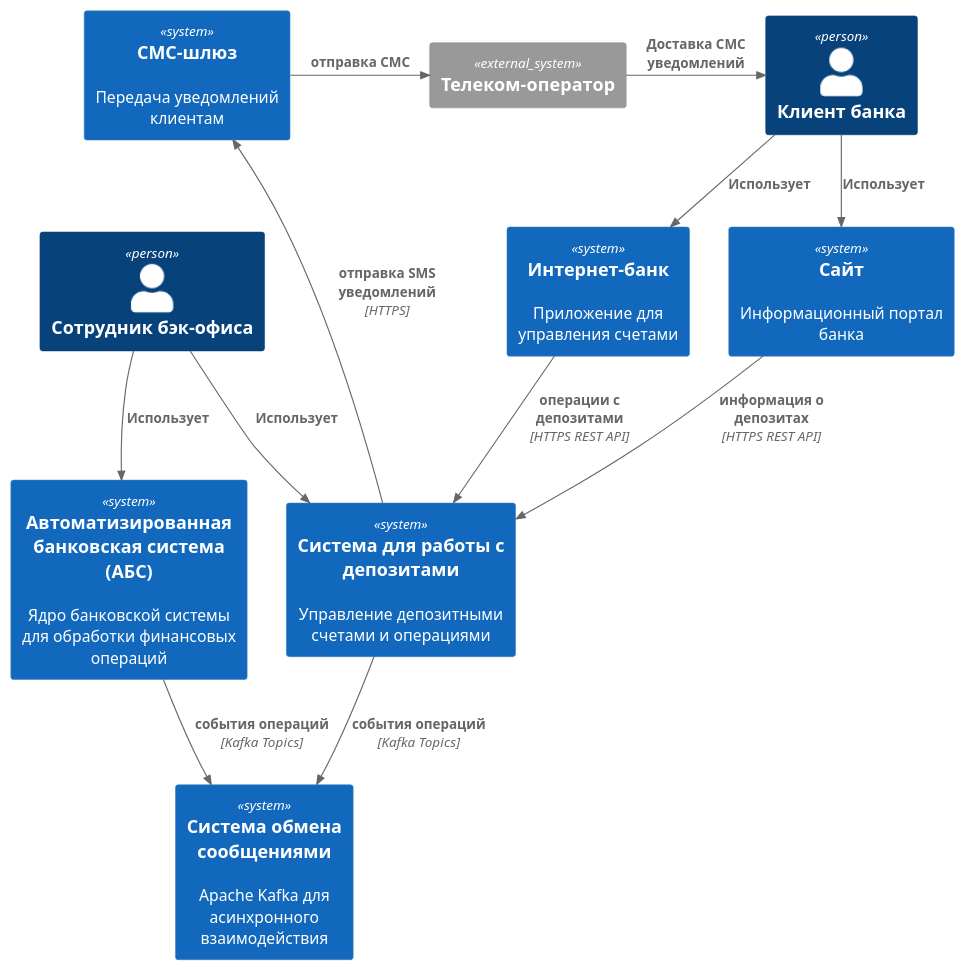
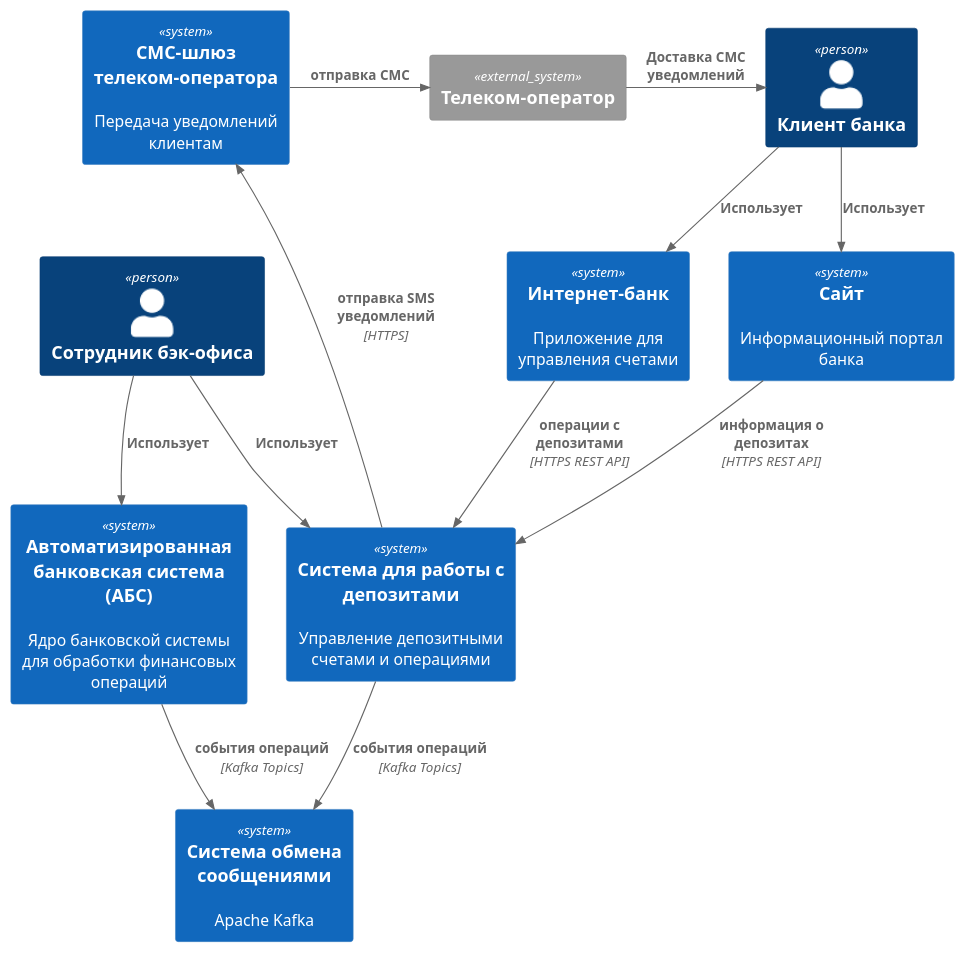
Before and after one commit to vsevolod-nikitin/yandex-practicum-architecture-pro-standart: the diagram in Task3/Context.puml, drawn with PlantUML. The commit also changed 7 other files, not shown here.

Commit message:
Обновление схем 3 и 4 заданий.

```diff
--- a/Task3/Context.puml
+++ b/Task3/Context.puml
@@ -1,34 +1,34 @@
 @startuml Context
 !include https://raw.githubusercontent.com/plantuml-stdlib/C4-PlantUML/master/C4_Context.puml
 
 Person(client, "Клиент банка")
 Person(backEmployee, "Сотрудник бэк-офиса")
 
 System(website, "Сайт", "Информационный портал банка")
 System(internetBank, "Интернет-банк", "Приложение для управления счетами")
 System(depositSystem, "Система для работы с депозитами", "Управление депозитными счетами и операциями")
 System(abs, "Автоматизированная банковская система (АБС)", "Ядро банковской системы для обработки финансовых операций")
-System(smsGateway, "СМС-шлюз", "Передача уведомлений клиентам")
-System(messageBroker, "Система обмена сообщениями", "Apache Kafka для асинхронного взаимодействия")
+System(smsGateway, "СМС-шлюз телеком-оператора", "Передача уведомлений клиентам")
+System(messageBroker, "Система обмена сообщениями", "Apache Kafka")
 
 System_Ext(telecomOperator, "Телеком-оператор")
 
 Rel(client, internetBank, "Использует")
 Rel(client, website, "Использует")
 
 Rel(backEmployee, depositSystem, "Использует")
 Rel(backEmployee, abs, "Использует")
 
 Rel(internetBank, depositSystem, "операции с депозитами", "HTTPS REST API")
 Rel(website, depositSystem, "информация о депозитах", "HTTPS REST API")
 
 Rel_L(depositSystem, smsGateway, "отправка SMS уведомлений", "HTTPS")
 Rel(depositSystem, messageBroker, "события операций", "Kafka Topics")
 Rel(abs, messageBroker, "события операций", "Kafka Topics")
 
 Rel_R(smsGateway, telecomOperator, "отправка СМС")
 Rel_R(telecomOperator, client, "Доставка СМС уведомлений")
 
 LAYOUT_TOP_DOWN()
 
 @enduml
```
